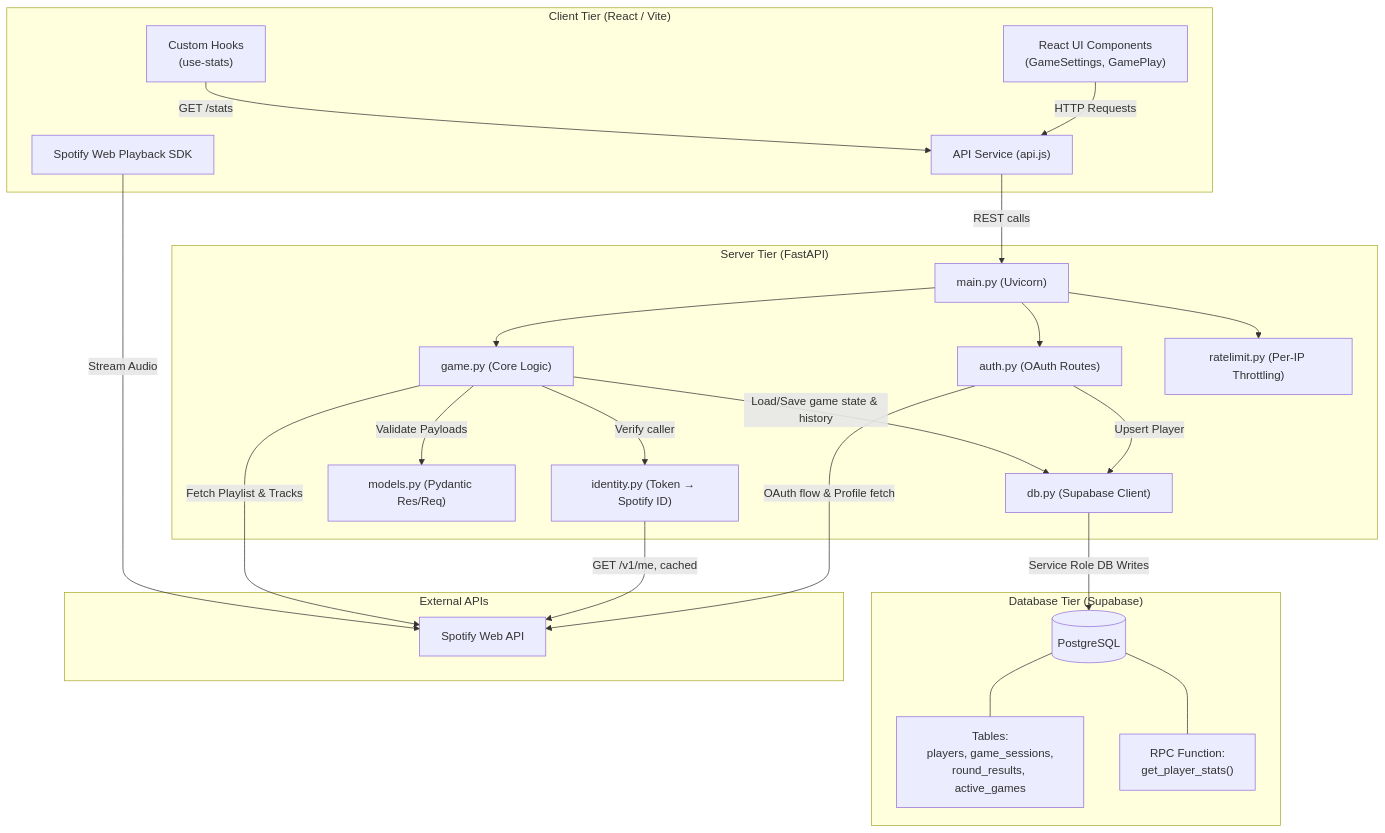
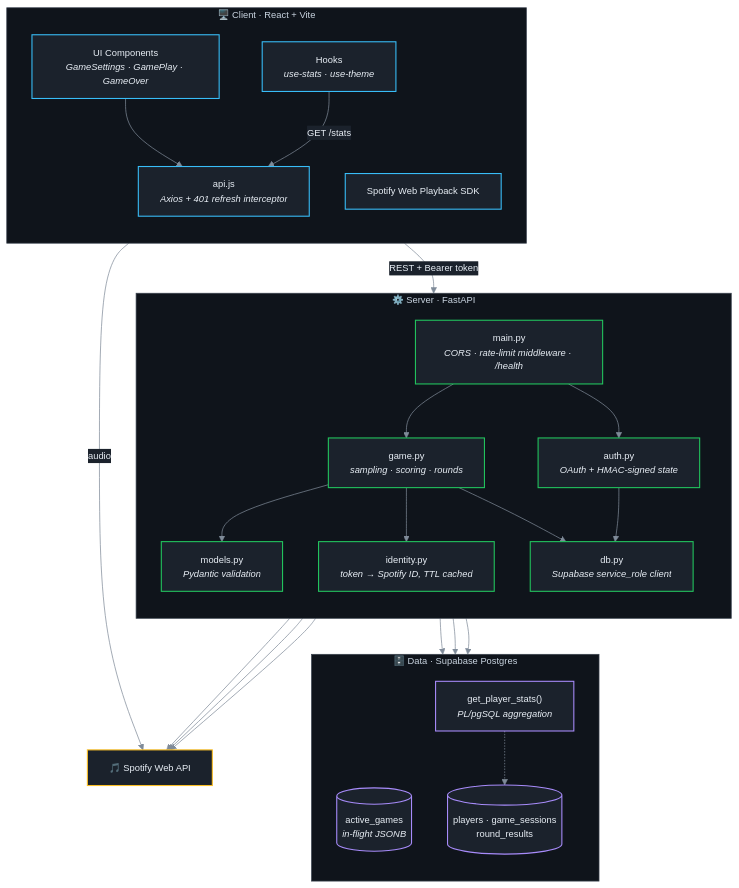
The first of 7 diagrams in README.md (VaibhaVSharmaVvs/Beatify), drawn with Mermaid before and after one commit. The commit also changed other lines of this file and 1 other file, not shown here.

First line of the commit message:
Rewrite the README against the code, and add the missing base migration

````diff
--- a/README.md
+++ b/README.md
@@ -119,57 +213,61 @@
 ```mermaid
+%%{init: {'theme':'base','themeVariables':{'fontFamily':'ui-sans-serif, system-ui, -apple-system, Segoe UI, sans-serif','fontSize':'13px','primaryColor':'#1b222c','primaryTextColor':'#e8eef5','primaryBorderColor':'#39424e','lineColor':'#7f8b99','clusterBkg':'#0f141b','clusterBorder':'#39424e','titleColor':'#c9d4e0','nodeTextColor':'#e8eef5','edgeLabelBackground':'#1b222c','tertiaryTextColor':'#c9d4e0'}}}%%
 graph TD
-    %% Client Tier
-    subgraph Client ["Client Tier (React / Vite)"]
-        UI["React UI Components<br/>(GameSettings, GamePlay)"]
-        API_JS["API Service (api.js)"]
-        HOOKS["Custom Hooks<br/>(use-stats)"]
+    subgraph Client["🖥️ Client · React + Vite"]
+        direction TB
+        UI["UI Components<br/><i>GameSettings · GamePlay · GameOver</i>"]
+        API_JS["api.js<br/><i>Axios + 401 refresh interceptor</i>"]
+        HOOKS["Hooks<br/><i>use-stats · use-theme</i>"]
         PLAYER["Spotify Web Playback SDK"]
     end
 
-    %% Server Tier
-    subgraph Server ["Server Tier (FastAPI)"]
-        MAIN["main.py (Uvicorn)"]
-        AUTH_ROUTER["auth.py (OAuth Routes)"]
-        GAME_ROUTER["game.py (Core Logic)"]
-        DB_SERVICE["db.py (Supabase Client)"]
-        MODELS["models.py (Pydantic Res/Req)"]
-        IDENTITY["identity.py (Token → Spotify ID)"]
-        LIMITER["ratelimit.py (Per-IP Throttling)"]
+    subgraph Server["⚙️ Server · FastAPI"]
+        direction TB
+        MAIN["main.py<br/><i>CORS · rate-limit middleware · /health</i>"]
+        AUTH["auth.py<br/><i>OAuth + HMAC-signed state</i>"]
+        GAME["game.py<br/><i>sampling · scoring · rounds</i>"]
+        IDENT["identity.py<br/><i>token → Spotify ID, TTL cached</i>"]
+        DBSVC["db.py<br/><i>Supabase service_role client</i>"]
+        MODELS["models.py<br/><i>Pydantic validation</i>"]
     end
 
-    %% Database Tier
-    subgraph DB ["Database Tier (Supabase)"]
-        POSTGRES[("PostgreSQL")]
-        TABLES["Tables:<br/>players, game_sessions,<br/>round_results, active_games"]
-        RPC["RPC Function:<br/>get_player_stats()"]
+    subgraph Data["🗄️ Data · Supabase Postgres"]
+        direction TB
+        LIVE[("active_games<br/><i>in-flight JSONB</i>")]
+        HIST[("players · game_sessions<br/>round_results")]
+        RPC["get_player_stats()<br/><i>PL/pgSQL aggregation</i>"]
     end
 
-    %% Third-Party
-    subgraph External ["External APIs"]
-        SPOTIFY_API["Spotify Web API"]
-    end
+    SPOT["🎵 Spotify Web API"]
 
-    %% Interactions
-    UI -->|HTTP Requests| API_JS
-    API_JS -->|REST calls| MAIN
+    UI --> API_JS
     HOOKS -->|GET /stats| API_JS
-    
-    MAIN --> LIMITER
-    MAIN --> AUTH_ROUTER
-    MAIN --> GAME_ROUTER
-    
-    AUTH_ROUTER -->|OAuth flow & Profile fetch| SPOTIFY_API
-    AUTH_ROUTER -->|Upsert Player| DB_SERVICE
-    
-    GAME_ROUTER -->|Verify caller| IDENTITY
-    IDENTITY -->|GET /v1/me, cached| SPOTIFY_API
-    GAME_ROUTER -->|Fetch Playlist & Tracks| SPOTIFY_API
-    GAME_ROUTER -->|Validate Payloads| MODELS
-    GAME_ROUTER -->|Load/Save game state & history| DB_SERVICE
-    
-    DB_SERVICE -->|Service Role DB Writes| POSTGRES
-    POSTGRES --- TABLES
-    POSTGRES --- RPC
-    
-    PLAYER -->|Stream Audio| SPOTIFY_API
+    API_JS -->|REST + Bearer token| MAIN
+
+    MAIN --> AUTH
+    MAIN --> GAME
+    GAME --> MODELS
+    GAME --> IDENT
+    AUTH --> SPOT
+    IDENT --> SPOT
+    GAME --> SPOT
+    GAME --> DBSVC
+    AUTH --> DBSVC
+
+    DBSVC --> LIVE
+    DBSVC --> HIST
+    DBSVC --> RPC
+    RPC -.-> HIST
+
+    PLAYER -->|audio| SPOT
+
+    classDef client fill:#1b222c,stroke:#38bdf8,stroke-width:1.5px,color:#e8eef5
+    classDef server fill:#1b222c,stroke:#22c55e,stroke-width:1.5px,color:#e8eef5
+    classDef data fill:#1b222c,stroke:#a78bfa,stroke-width:1.5px,color:#e8eef5
+    classDef ext fill:#1b222c,stroke:#fbbf24,stroke-width:1.5px,color:#e8eef5
+
+    class UI,API_JS,HOOKS,PLAYER client
+    class MAIN,AUTH,GAME,IDENT,DBSVC,MODELS server
+    class LIVE,HIST,RPC data
+    class SPOT ext
 ```
````
